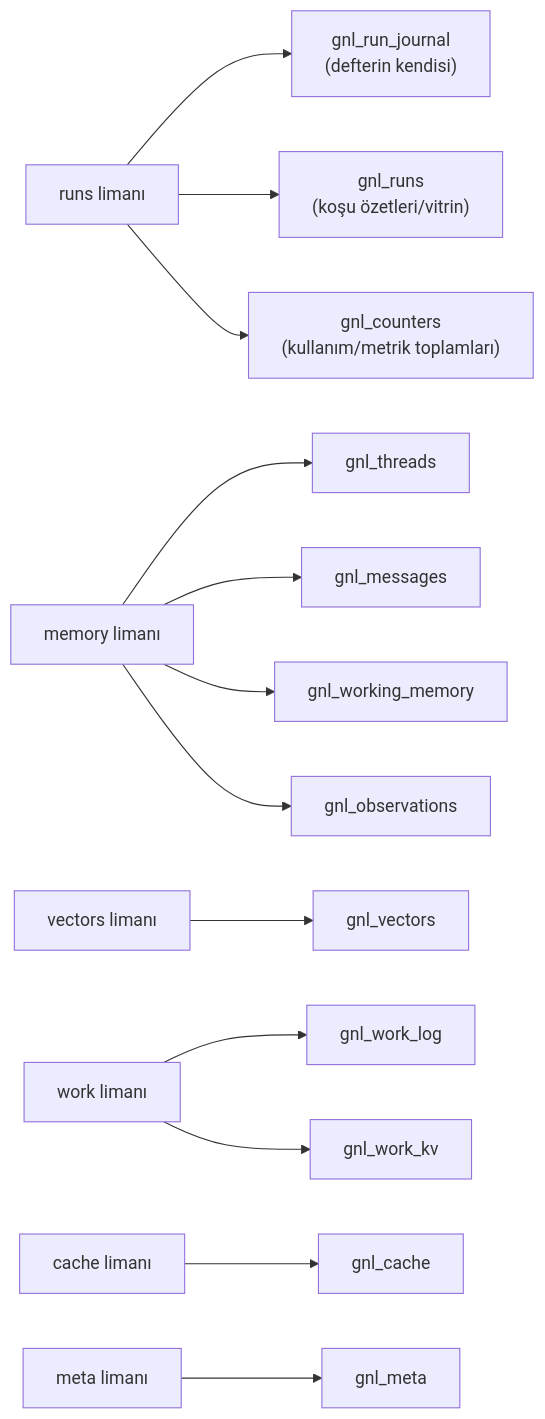
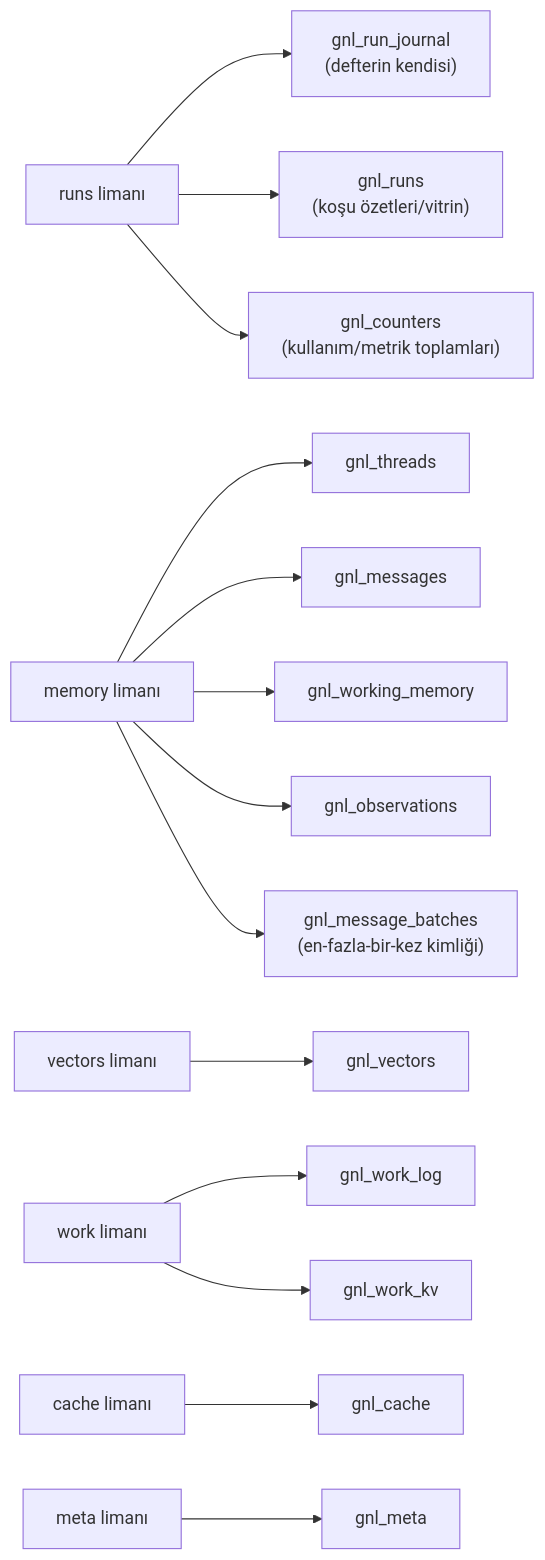
Before and after one commit to Karaca7/gnldev: the third of 10 diagrams in docs/GUIDE.tr.md, drawn with Mermaid. The commit also changed other lines of this file and 5 other files, not shown here.

````diff
--- a/docs/GUIDE.tr.md
+++ b/docs/GUIDE.tr.md
@@ -216,11 +216,11 @@
 ```mermaid
 graph LR
     runs["runs limanı"] --> T1["gnl_run_journal<br/>(defterin kendisi)"]
     runs --> T2["gnl_runs<br/>(koşu özetleri/vitrin)"]
-    memory["memory limanı"] --> T3["gnl_threads"] & T4["gnl_messages"] & T5["gnl_working_memory"] & T6["gnl_observations"]
+    memory["memory limanı"] --> T3["gnl_threads"] & T4["gnl_messages"] & T5["gnl_working_memory"] & T6["gnl_observations"] & T13["gnl_message_batches<br/>(en-fazla-bir-kez kimliği)"]
     vectors["vectors limanı"] --> T7["gnl_vectors"]
     work["work limanı"] --> T8["gnl_work_log"] & T9["gnl_work_kv"]
     cache["cache limanı"] --> T10["gnl_cache"]
     meta["meta limanı"] --> T11["gnl_meta"]
     runs --> T12["gnl_counters<br/>(kullanım/metrik toplamları)"]
 ```
````
